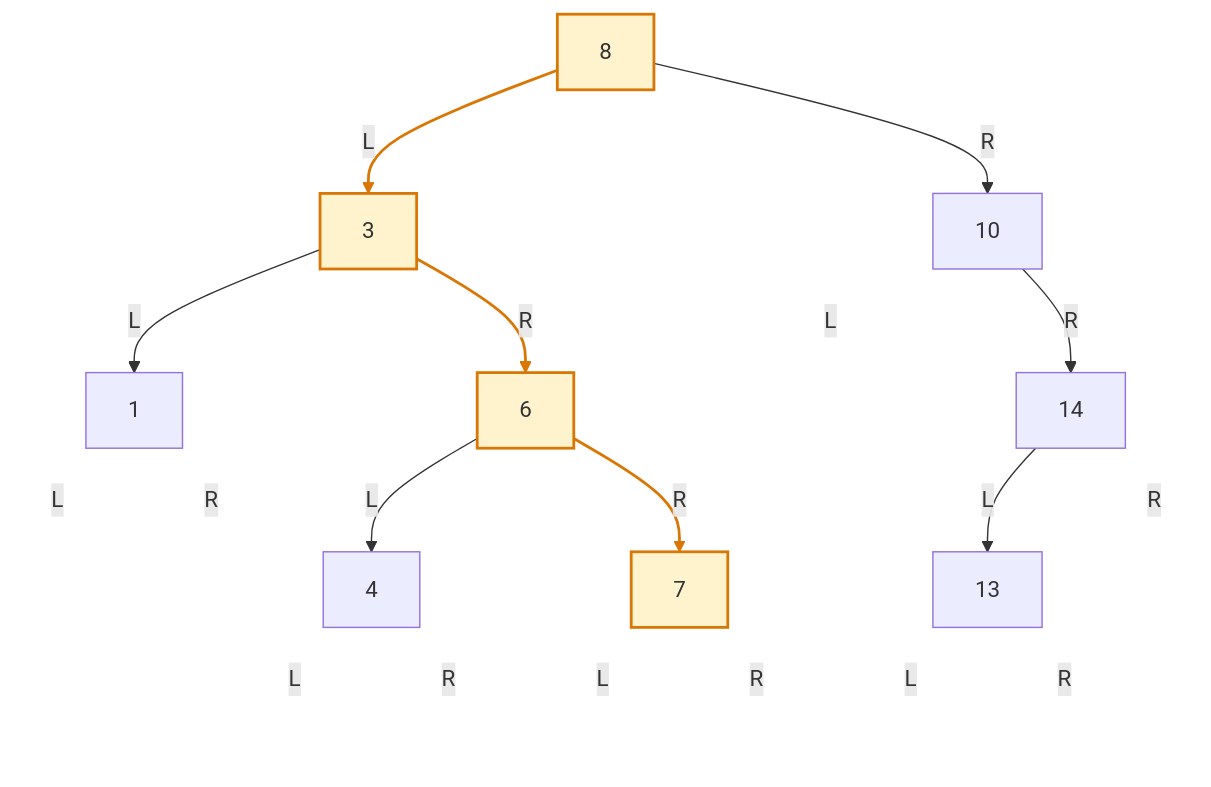
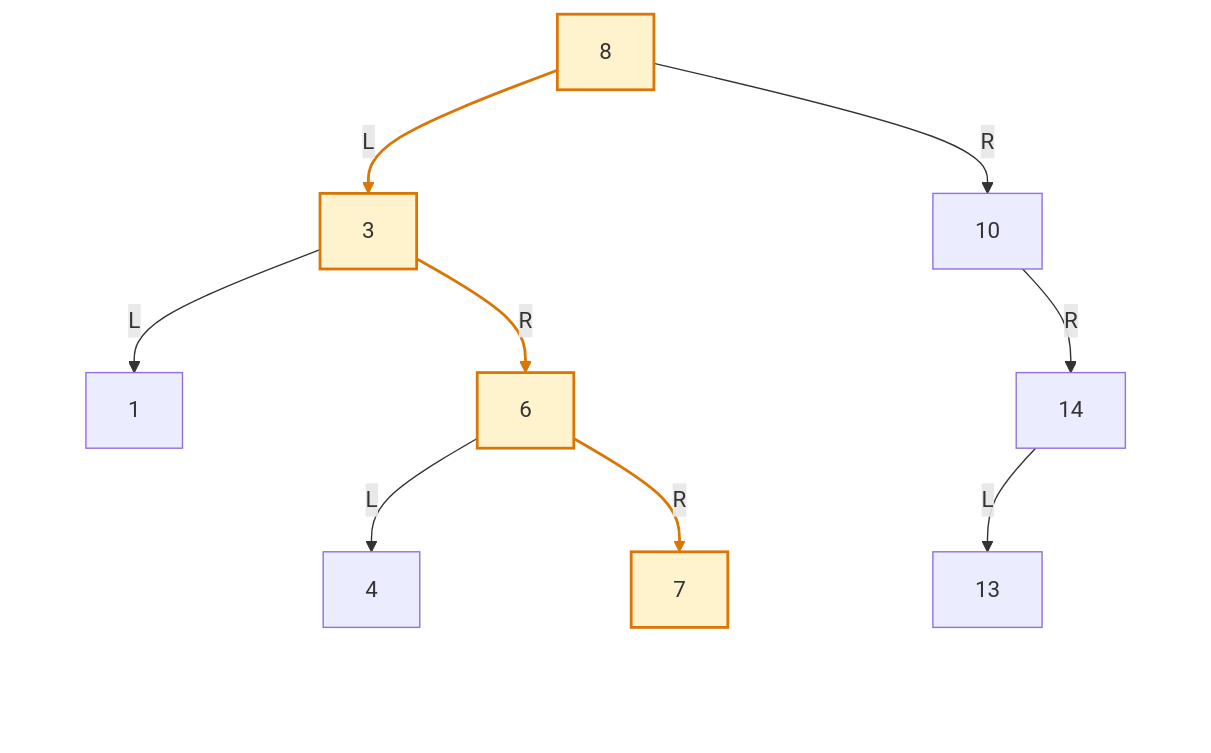
The third of 6 diagrams in knowledge/linux/data_structures/红黑树_rb-tree/P03_二叉搜索树_BST.md (FormingSystem/linux_note), drawn with Mermaid before and after one commit. The commit also changed other lines of this file and 3 other files, not shown here.

````diff
--- a/knowledge/linux/data_structures/红黑树_rb-tree/P03_二叉搜索树_BST.md
+++ b/knowledge/linux/data_structures/红黑树_rb-tree/P03_二叉搜索树_BST.md
@@ -215,75 +215,75 @@
 ```mermaid
 graph TD
 		A["8"]
 
 		B["3"]
 		C["10"]
 
 		D["1"]
 		E["6"]
 		C_L[" "]
 		F["14"]
 
 		D_L[" "]
 		D_R[" "]
 		G["4"]
 		H["7"]
 		I["13"]
 		F_R[" "]
 
 		G_L[" "]
 		G_R[" "]
 		H_L[" "]
 		H_R[" "]
 		I_L[" "]
 		I_R[" "]
 
 	A -->|L| B
 	A -->|R| C
 
 	B -->|L| D
 	B -->|R| E
 
-	C -->|L| C_L
+	C --> C_L
 	C -->|R| F
 
-	D -->|L| D_L
-	D -->|R| D_R
+	D --> D_L
+	D --> D_R
 
 	E -->|L| G
 	E -->|R| H
 
 	F -->|L| I
-	F -->|R| F_R
+	F --> F_R
 
-	G -->|L| G_L
-	G -->|R| G_R
+	G --> G_L
+	G --> G_R
 
-	H -->|L| H_L
-	H -->|R| H_R
+	H --> H_L
+	H --> H_R
 
-	I -->|L| I_L
-	I -->|R| I_R
+	I --> I_L
+	I --> I_R
 
 	classDef ghost fill:transparent,stroke:transparent,color:transparent;
 	classDef path fill:#fff3cd,stroke:#d97706,stroke-width:2px;
 
 	class C_L,D_L,D_R,F_R,G_L,G_R,H_L,H_R,I_L,I_R ghost;
 	class A,B,E,H path;
 
 
 	linkStyle 0 stroke:#d97706,stroke-width:2px;
 	linkStyle 3 stroke:#d97706,stroke-width:2px;
 	linkStyle 9 stroke:#d97706,stroke-width:2px;
 
 	linkStyle 4 stroke:transparent;
 	linkStyle 6 stroke:transparent;
 	linkStyle 7 stroke:transparent;
 	linkStyle 11 stroke:transparent;
 	linkStyle 12 stroke:transparent;
 	linkStyle 13 stroke:transparent;
 	linkStyle 14 stroke:transparent;
 	linkStyle 15 stroke:transparent;
 	linkStyle 16 stroke:transparent;
 	linkStyle 17 stroke:transparent;
 ```
````
